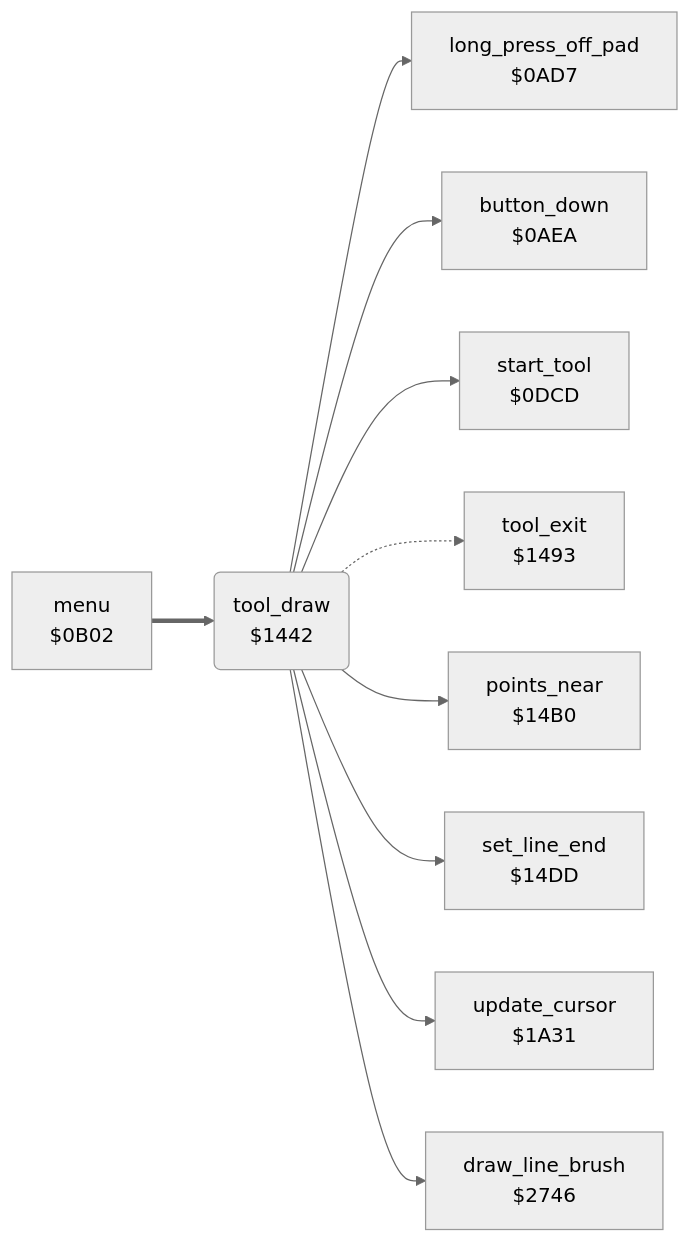
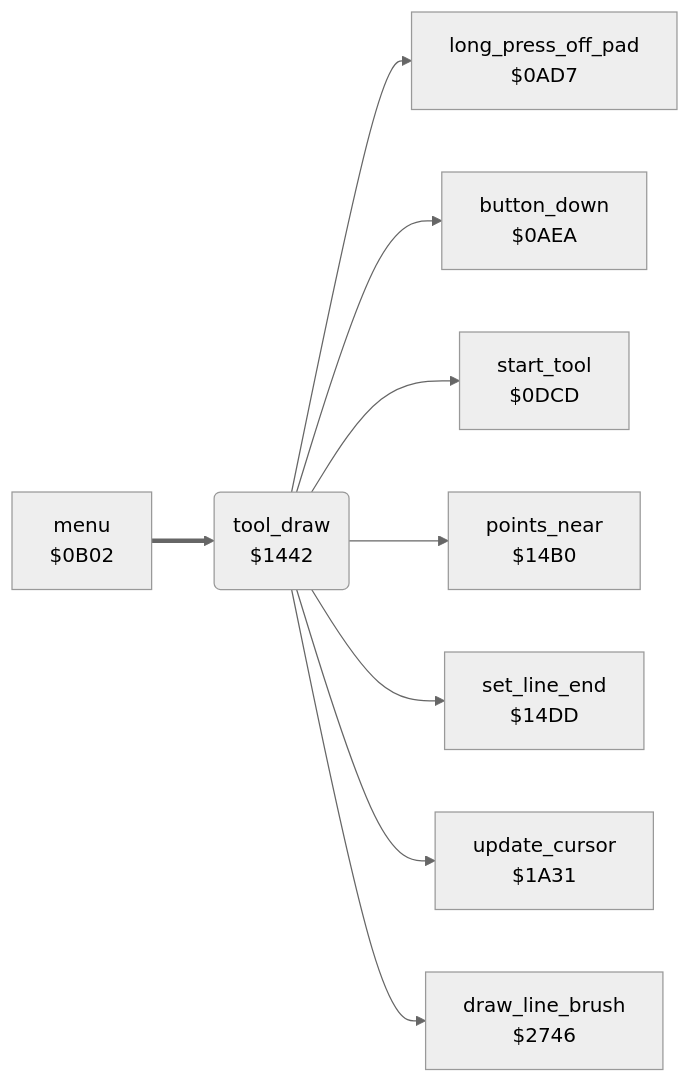
One commit to henols/c64_games changed the diagram in koala_painter/v1/docs/reference/modules/tools/draw_tool.md. Above: the diagram before and after it, drawn with Mermaid (neutral theme). The commit also changed other lines of this file and 1100 other files, not shown here.

````diff
--- a/koala_painter/v1/docs/reference/modules/tools/draw_tool.md
+++ b/koala_painter/v1/docs/reference/modules/tools/draw_tool.md
@@ -10,22 +17,20 @@
 ```mermaid
 flowchart LR
   n0ad7["long_press_off_pad<br/>$0AD7"]
   n0aea["button_down<br/>$0AEA"]
   n0b02["menu<br/>$0B02"]
   n0dcd["start_tool<br/>$0DCD"]
   n1442("tool_draw<br/>$1442")
-  n1493["tool_exit<br/>$1493"]
   n14b0["points_near<br/>$14B0"]
   n14dd["set_line_end<br/>$14DD"]
   n1a31["update_cursor<br/>$1A31"]
   n2746["draw_line_brush<br/>$2746"]
   n0b02 ==> n1442
   n1442 --> n0ad7
   n1442 --> n0aea
   n1442 --> n0dcd
-  n1442 -.-> n1493
   n1442 --> n14b0
   n1442 --> n14dd
   n1442 --> n1a31
   n1442 --> n2746
 ```
````
